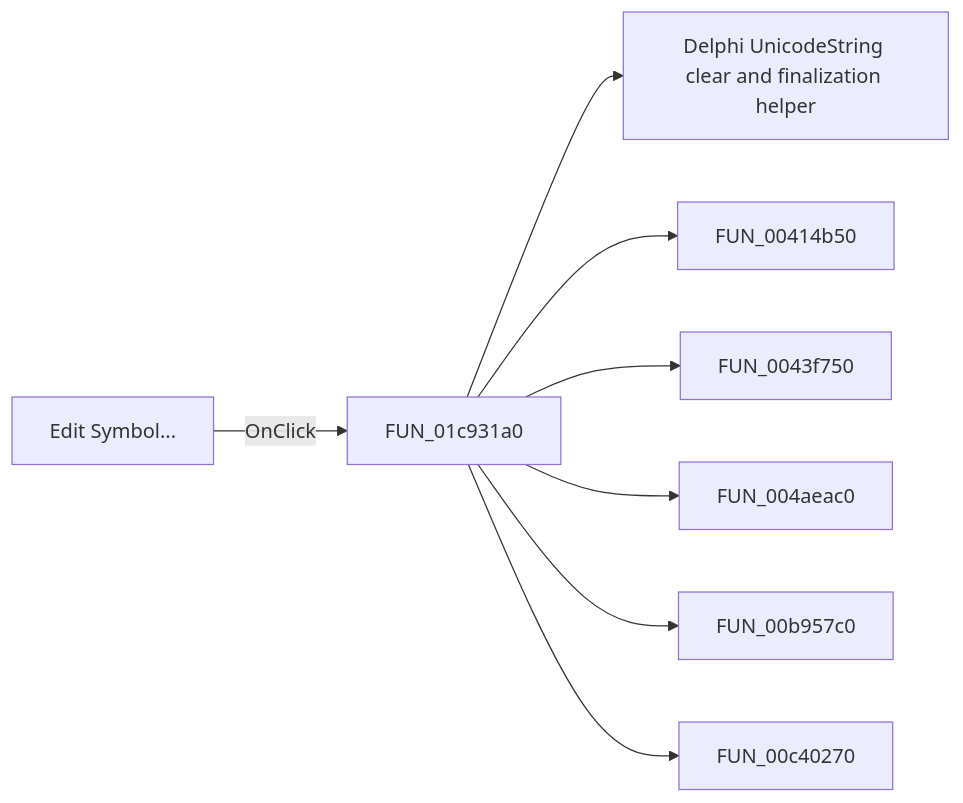
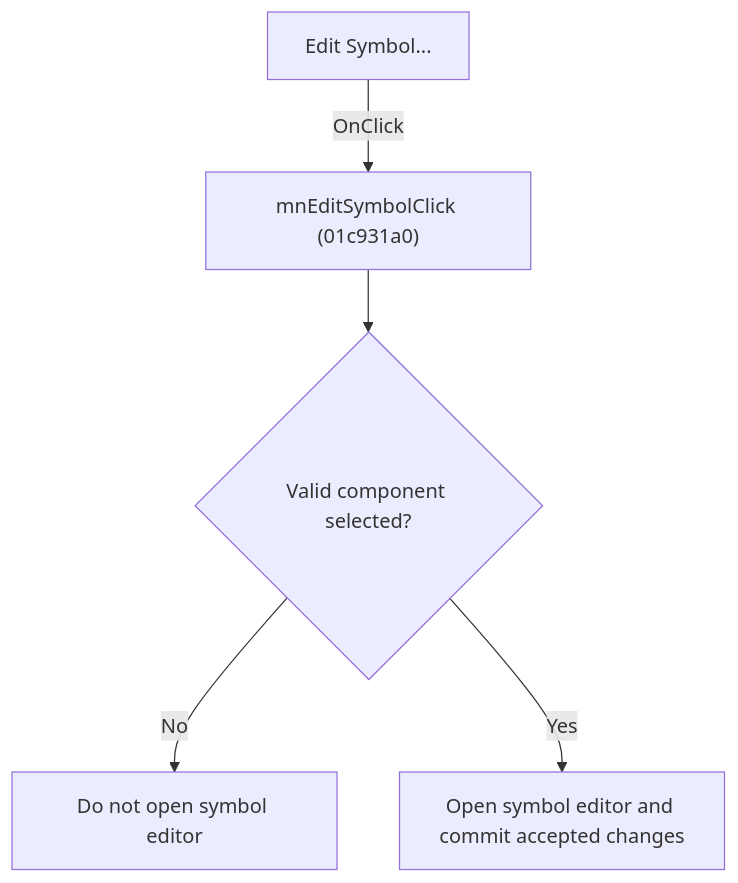
Before and after one commit to MovGP0/TIARA: the diagram in docs/ui-controls/schematiceditor/pmeditsymbol-544efadbc0.md, drawn with Mermaid. The commit also changed other lines of this file and 1062 other files, not shown here.

````diff
--- a/docs/ui-controls/schematiceditor/pmeditsymbol-544efadbc0.md
+++ b/docs/ui-controls/schematiceditor/pmeditsymbol-544efadbc0.md
@@ -27,10 +27,7 @@
 ```mermaid
-flowchart LR
-    control["Edit Symbol..."] -->|OnClick| handler["FUN_01c931a0"]
-    handler --> call1["Delphi UnicodeString clear and finalization helper"]
-    handler --> call2["FUN_00414b50"]
-    handler --> call3["FUN_0043f750"]
-    handler --> call4["FUN_004aeac0"]
-    handler --> call5["FUN_00b957c0"]
-    handler --> call6["FUN_00c40270"]
+flowchart TD
+    control["Edit Symbol..."] -->|"OnClick"| handler["mnEditSymbolClick (01c931a0)"]
+    handler --> guard{"Valid component selected?"}
+    guard -->|"No"| noChange["Do not open symbol editor"]
+    guard -->|"Yes"| action["Open symbol editor and commit accepted changes"]
 ```
````
